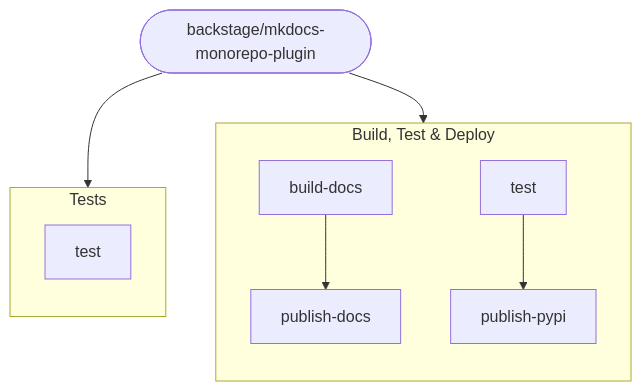
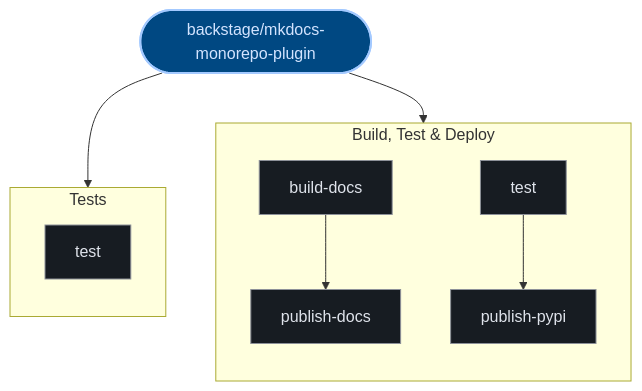
The second of 2 diagrams in exports/latest/reports/backstage-mkdocs-monorepo-plugin-report.md (kumarshaz/atruss-code-atlas), drawn with Mermaid before and after one commit. The commit also changed other lines of this file and 331 other files, not shown here.

Commit message:
docs,ui,fix: update SDLC docs, reorder CI/CD DAG first, stylize Mermaid, and fix Arc42 pipeline topology

````diff
--- a/exports/latest/reports/backstage-mkdocs-monorepo-plugin-report.md
+++ b/exports/latest/reports/backstage-mkdocs-monorepo-plugin-report.md
@@ -101,19 +105,26 @@
 ```mermaid
 graph TD;
-  pipeline_root(["backstage/mkdocs-monorepo-plugin"])
+  classDef atlasRoot fill:#004882,stroke:#a3c9ff,stroke-width:2px,color:#d3e4ff
+  classDef atlasCategory fill:#212428,stroke:#E87A48,stroke-width:1.5px,color:#dfe3eb
+  classDef atlasWorkflow fill:#1b2026,stroke:#a3c9ff,stroke-width:1.5px,color:#dfe3eb
+  classDef atlasJob fill:#171c22,stroke:#8d9199,stroke-width:1px,color:#dfe3eb
+  classDef atlasTarget fill:#005227,stroke:#8bd99b,stroke-width:1.5px,color:#a7f6b6
+  classDef atlasAlert fill:#93000a,stroke:#ffb4ab,stroke-width:1.5px,color:#ffdad6
+  classDef atlasMore fill:#252a31,stroke:#8d9199,stroke-dasharray:4 4,color:#c3c6cf
+  pipeline_root(["backstage/mkdocs-monorepo-plugin"]):::atlasRoot
   subgraph Build__Test___Deploy_0["Build, Test & Deploy"]
     direction TB
-    0_test["test"]
-    0_build_docs["build-docs"]
-    0_publish_docs["publish-docs"]
+    0_test["test"]:::atlasJob
+    0_build_docs["build-docs"]:::atlasJob
+    0_publish_docs["publish-docs"]:::atlasJob
     0_build_docs --> 0_publish_docs
-    0_publish_pypi["publish-pypi"]
+    0_publish_pypi["publish-pypi"]:::atlasJob
     0_test --> 0_publish_pypi
   end
   pipeline_root --> 0_test
   subgraph Tests_1["Tests"]
     direction TB
-    1_test["test"]
+    1_test["test"]:::atlasJob
   end
   pipeline_root --> 1_test
 ```
````
